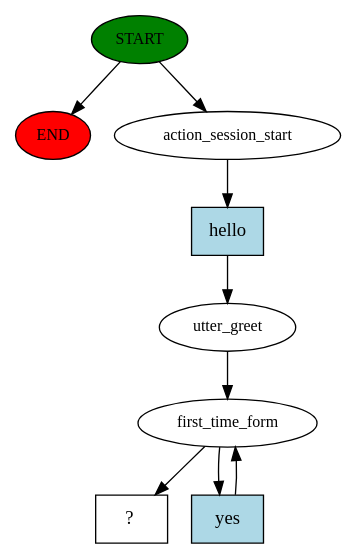
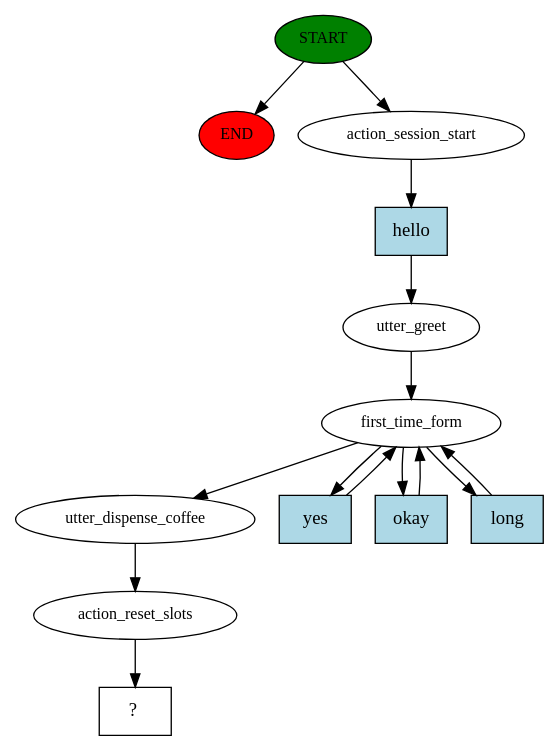
One commit to carlobee/RoboCafe changed the diagram in story_graph.dot. Above: the diagram before and after it, drawn with Graphviz. The commit also changed 10 other files, not shown here.

```diff
--- a/story_graph.dot
+++ b/story_graph.dot
@@ -1,18 +1,28 @@
 digraph  {
 0 [class="start active", fillcolor=green, fontsize=12, label=START, style=filled];
 "-1" [class=end, fillcolor=red, fontsize=12, label=END, style=filled];
 1 [class=active, fontsize=12, label=action_session_start];
 2 [class=active, fontsize=12, label=utter_greet];
 3 [class=active, fontsize=12, label=first_time_form];
-6 [class="intent dashed active", label="  ?  ", shape=rect];
-7 [class="intent active", fillcolor=lightblue, label=hello, shape=rect, style=filled];
-8 [class="intent active", fillcolor=lightblue, label=yes, shape=rect, style=filled];
+8 [class=active, fontsize=12, label=utter_dispense_coffee];
+9 [class=active, fontsize=12, label=action_reset_slots];
+10 [class="intent dashed active", label="  ?  ", shape=rect];
+11 [class="intent active", fillcolor=lightblue, label=hello, shape=rect, style=filled];
+12 [class="intent active", fillcolor=lightblue, label=yes, shape=rect, style=filled];
+13 [class="intent active", fillcolor=lightblue, label=okay, shape=rect, style=filled];
+14 [class="intent active", fillcolor=lightblue, label=long, shape=rect, style=filled];
 0 -> "-1"  [class="", key=NONE, label=""];
 0 -> 1  [class=active, key=NONE, label=""];
-1 -> 7  [class=active, key=0];
+1 -> 11  [class=active, key=0];
 2 -> 3  [class=active, key=NONE, label=""];
-3 -> 6  [class=active, key=NONE, label=""];
-3 -> 8  [class=active, key=0];
-7 -> 2  [class=active, key=0];
-8 -> 3  [class=active, key=0];
+3 -> 8  [class=active, key=NONE, label=""];
+3 -> 12  [class=active, key=0];
+3 -> 13  [class=active, key=0];
+3 -> 14  [class=active, key=0];
+8 -> 9  [class=active, key=NONE, label=""];
+9 -> 10  [class=active, key=NONE, label=""];
+11 -> 2  [class=active, key=0];
+12 -> 3  [class=active, key=0];
+13 -> 3  [class=active, key=0];
+14 -> 3  [class=active, key=0];
 }
```
